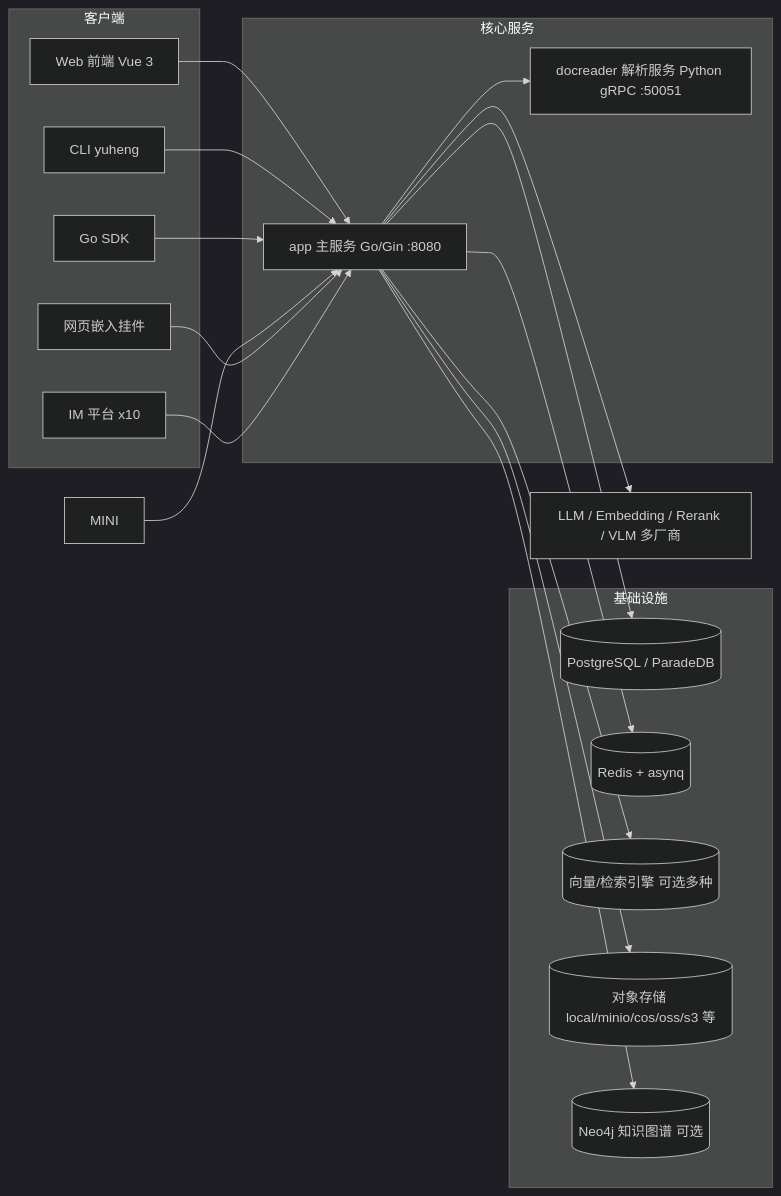
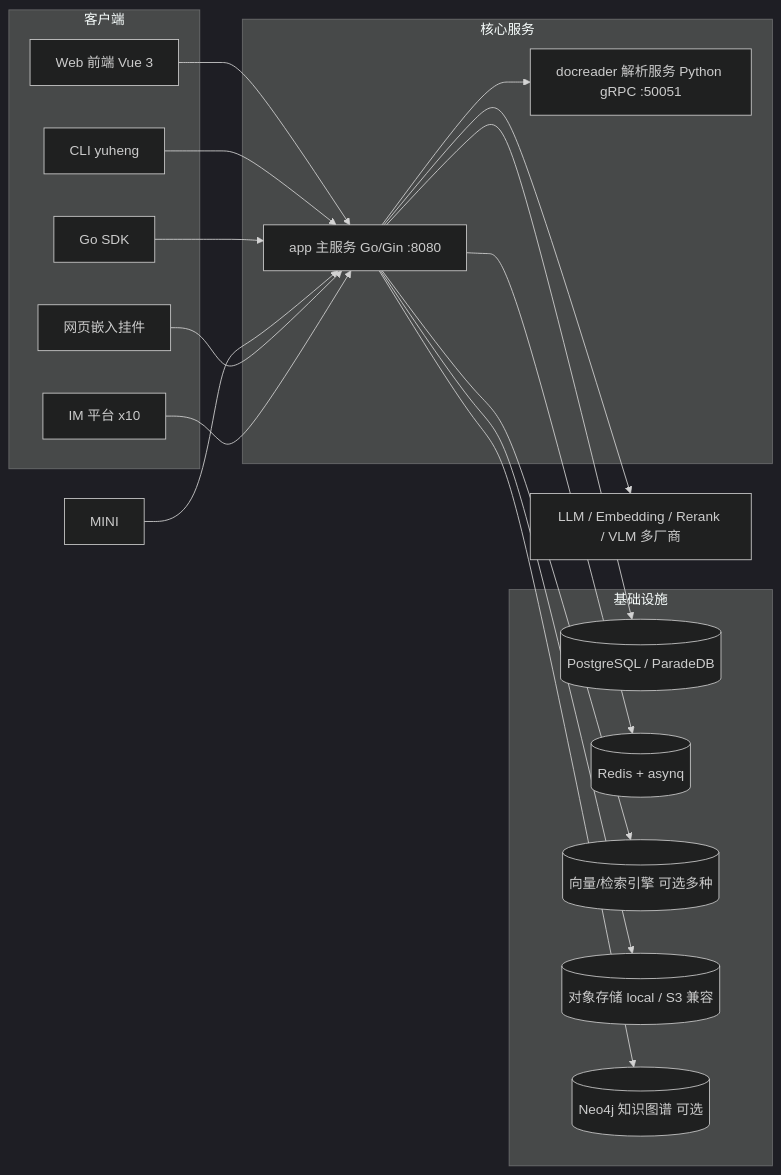
The diagram in website-docs/README.md (magicyuan876/Yuheng), drawn with Mermaid (dark theme) before and after one commit. The commit also changed 47 other files, not shown here.

````diff
--- a/website-docs/README.md
+++ b/website-docs/README.md
@@ -137,35 +137,35 @@
 ```mermaid
 flowchart LR
     subgraph Clients["客户端"]
         FE["Web 前端 Vue 3"]
         CLI["CLI yuheng"]
         SDK["Go SDK"]
         EMBED["网页嵌入挂件"]
         IM["IM 平台 x10"]
     end
     subgraph Core["核心服务"]
         APP["app 主服务 Go/Gin :8080"]
         DR["docreader 解析服务 Python gRPC :50051"]
     end
     subgraph Infra["基础设施"]
         PG[("PostgreSQL / ParadeDB")]
         RD[("Redis + asynq")]
         VS[("向量/检索引擎 可选多种")]
-        OBJ[("对象存储 local/minio/cos/oss/s3 等")]
+        OBJ[("对象存储 local / S3 兼容")]
         NEO[("Neo4j 知识图谱 可选")]
     end
     LLM["LLM / Embedding / Rerank / VLM 多厂商"]
     FE --> APP
     CLI --> APP
     SDK --> APP
     MINI --> APP
     EMBED --> APP
     IM --> APP
     APP --> DR
     APP --> PG
     APP --> RD
     APP --> VS
     APP --> OBJ
     APP --> NEO
     APP --> LLM
 ```
````
